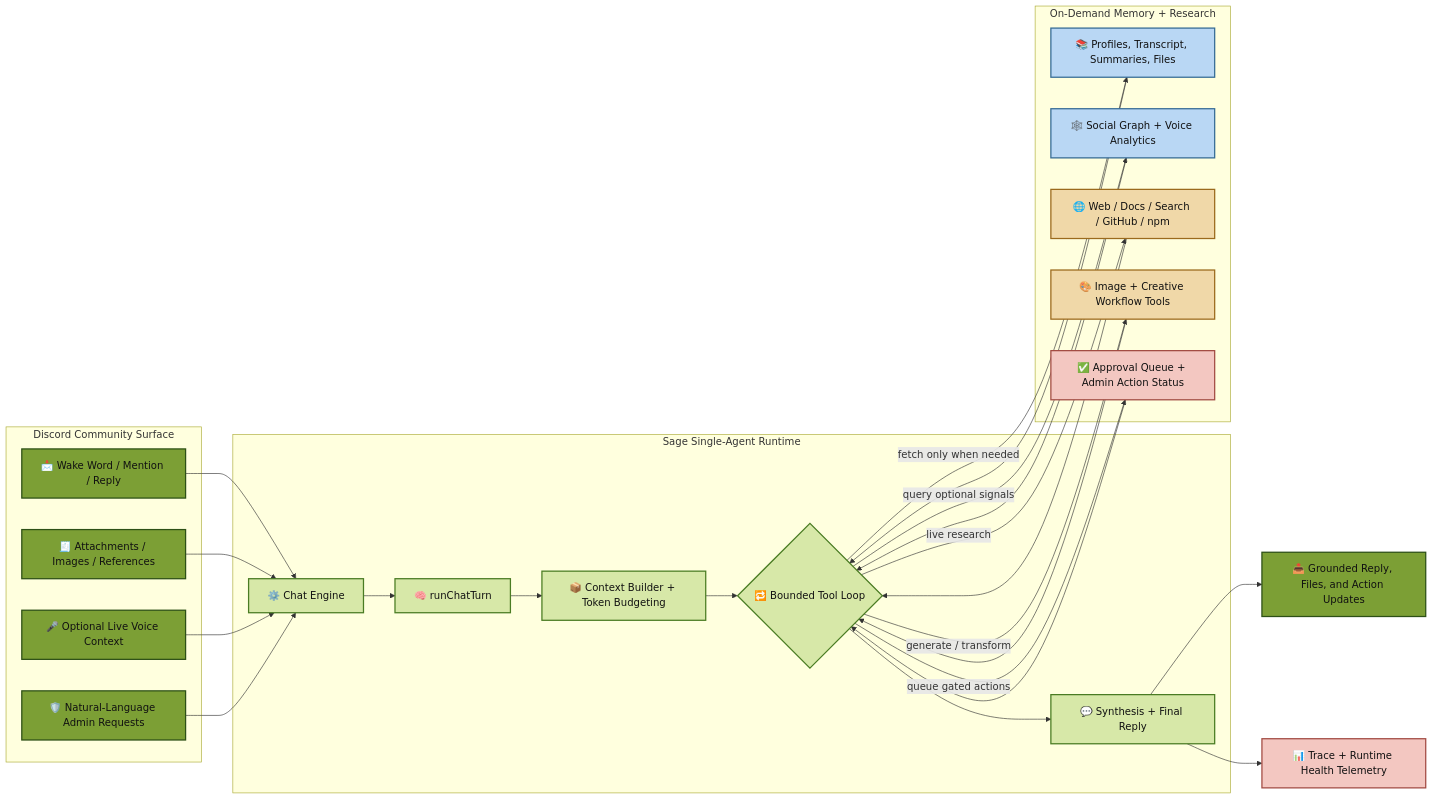
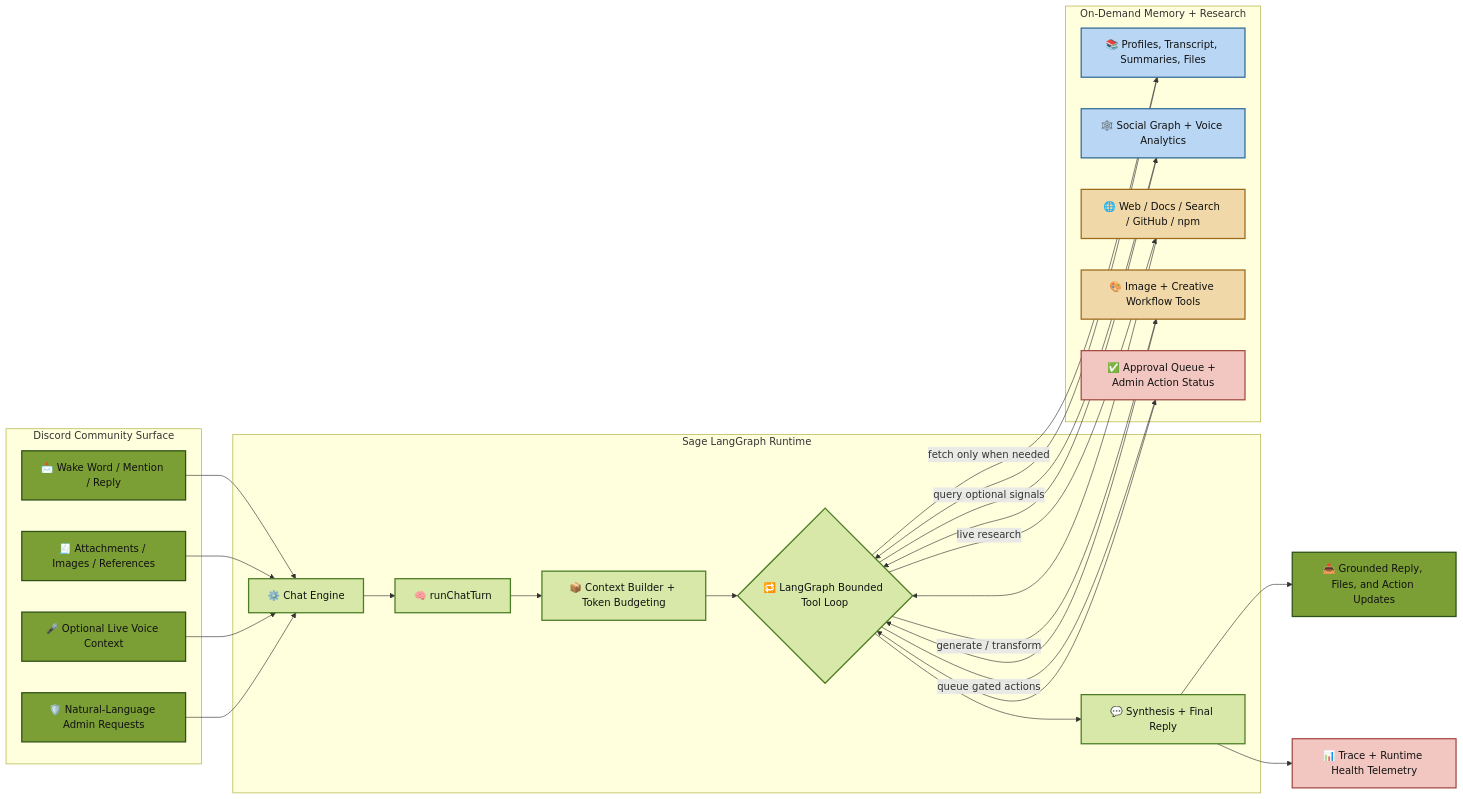
One commit to BokX1/Sage changed the first of 2 diagrams in README.md. Above: the diagram before and after it, drawn with Mermaid. The commit also changed other lines of this file and 11 other files, not shown here.

````diff
--- a/README.md
+++ b/README.md
@@ -78,50 +79,50 @@
 ```mermaid
 flowchart LR
     classDef discord fill:#7c9f35,stroke:#2d5016,stroke-width:2px,color:#111
     classDef runtime fill:#d7e8a8,stroke:#4a7c23,stroke-width:2px,color:#111
     classDef memory fill:#b9d7f4,stroke:#356b95,stroke-width:2px,color:#111
     classDef tools fill:#f0d8a8,stroke:#9b6a1d,stroke-width:2px,color:#111
     classDef ops fill:#f3c7c1,stroke:#a24b43,stroke-width:2px,color:#111
 
     subgraph Discord["Discord Community Surface"]
         U["📩 Wake Word / Mention / Reply"]:::discord
         X["🧾 Attachments / Images / References"]:::discord
         V["🎤 Optional Live Voice Context"]:::discord
         A["🛡️ Natural-Language Admin Requests"]:::discord
     end
 
-    subgraph Runtime["Sage Single-Agent Runtime"]
+    subgraph Runtime["Sage LangGraph Runtime"]
         CE["⚙️ Chat Engine"]:::runtime
         RT["🧠 runChatTurn"]:::runtime
         CB["📦 Context Builder + Token Budgeting"]:::runtime
-        TL{"🔁 Bounded Tool Loop"}:::runtime
+        TL{"🔁 LangGraph Bounded Tool Loop"}:::runtime
         SY["💬 Synthesis + Final Reply"]:::runtime
     end
 
     subgraph Data["On-Demand Memory + Research"]
         M["📚 Profiles, Transcript, Summaries, Files"]:::memory
         G["🕸️ Social Graph + Voice Analytics"]:::memory
         W["🌐 Web / Docs / Search / GitHub / npm"]:::tools
         C["🎨 Image + Creative Workflow Tools"]:::tools
         P["✅ Approval Queue + Admin Action Status"]:::ops
     end
 
     U --> CE
     X --> CE
     V --> CE
     A --> CE
     CE --> RT --> CB --> TL
     TL -->|"fetch only when needed"| M
     TL -->|"query optional signals"| G
     TL -->|"live research"| W
     TL -->|"generate / transform"| C
     TL -->|"queue gated actions"| P
     M --> TL
     G --> TL
     W --> TL
     C --> TL
     P --> TL
     TL --> SY
     SY --> R["📤 Grounded Reply, Files, and Action Updates"]:::discord
     SY --> T["📊 Trace + Runtime Health Telemetry"]:::ops
 ```
````
